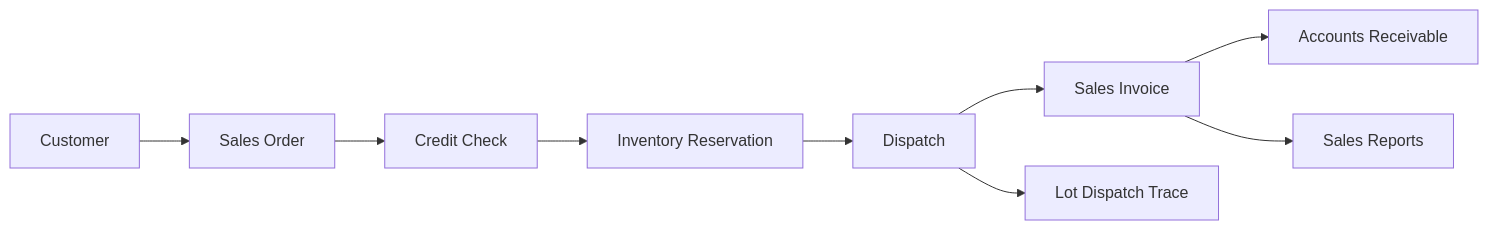
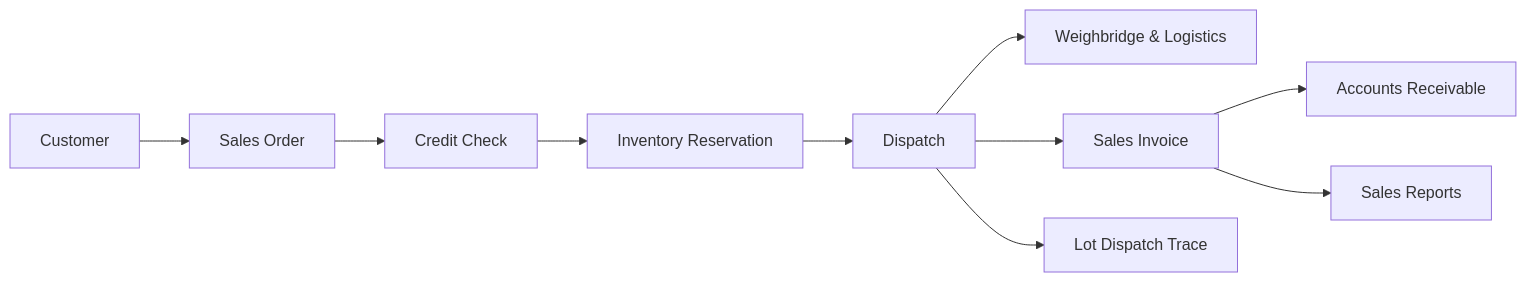
One commit to habibur-rahman-swe/rice-mill-erp changed the diagram in modules/sales/README.md. Above: the diagram before and after it, drawn with Mermaid. The commit also changed other lines of this file and 11 other files, not shown here.

````diff
--- a/modules/sales/README.md
+++ b/modules/sales/README.md
@@ -16,11 +17,12 @@
 ```mermaid
 flowchart LR
     CUST[Customer] --> SO[Sales Order]
     SO --> CREDIT[Credit Check]
     CREDIT --> RESERVE[Inventory Reservation]
     RESERVE --> DISPATCH[Dispatch]
+    DISPATCH --> LOG[Weighbridge & Logistics]
     DISPATCH --> INV[Sales Invoice]
     INV --> FIN[Accounts Receivable]
     DISPATCH --> TRACE[Lot Dispatch Trace]
     INV --> MIS[Sales Reports]
 ```
````
